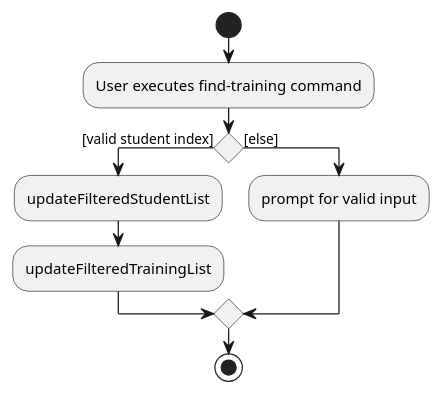
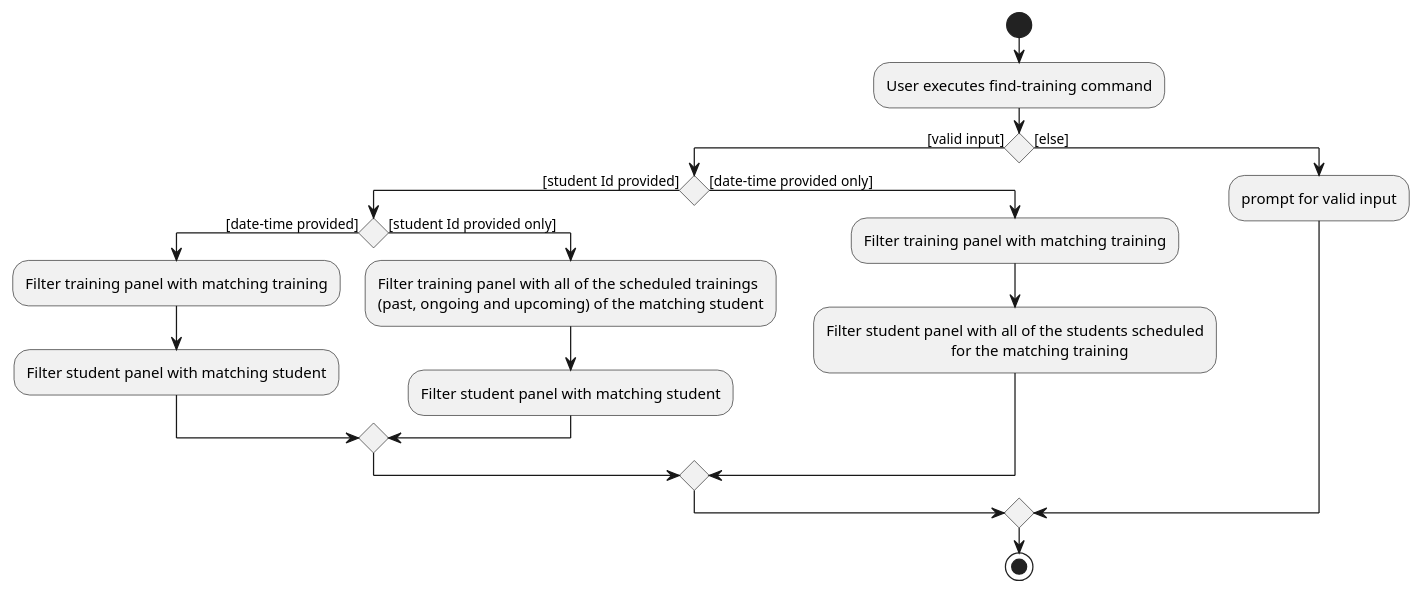
Before and after one commit to sudogene/tp: the diagram in docs/diagrams/FindTrainingActivityDiagram.puml, drawn with PlantUML. The commit also changed 16 other files, not shown here.

Commit message:
Update Developer Guide and Diagrams

```diff
--- a/docs/diagrams/FindTrainingActivityDiagram.puml
+++ b/docs/diagrams/FindTrainingActivityDiagram.puml
@@ -1,15 +1,27 @@
 @startuml
 start
 :User executes find-training command;
 
 'Since the beta syntax does not support placing the condition outside the
 'diamond we place it as the true branch instead.
 
-if () then ([valid student index])
-    :updateFilteredStudentList;
-    :updateFilteredTrainingList;
+if () then ([valid input])
+    if () then ([student Id provided])
+        if () then ([date-time provided])
+            :Filter training panel with matching training;
+            :Filter student panel with matching student;
+        else ([student Id provided only])
+            :Filter training panel with all of the scheduled trainings
+            (past, ongoing and upcoming) of the matching student;
+            :Filter student panel with matching student;
+        endif
+    else ([date-time provided only])
+        :Filter training panel with matching training;
+        :Filter student panel with all of the students scheduled
+                                        for the matching training;
+    endif
 else ([else])
     :prompt for valid input;
 endif
 stop
 @enduml
```
